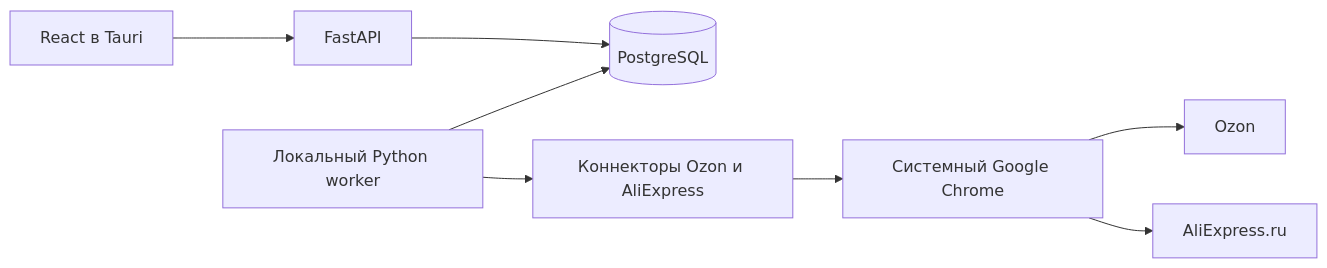
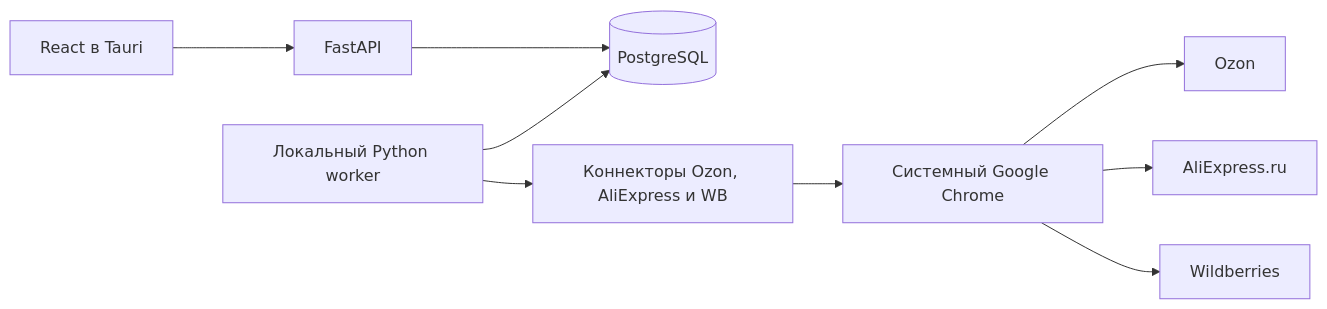
One commit to TheStorm13/price-watch changed the diagram in docs/guide/ARCHITECTURE.md. Above: the diagram before and after it, drawn with Mermaid. The commit also changed other lines of this file and 62 other files, not shown here.

````diff
--- a/docs/guide/ARCHITECTURE.md
+++ b/docs/guide/ARCHITECTURE.md
@@ -27,10 +28,11 @@
 ```mermaid
 flowchart LR
     UI[React в Tauri] --> API[FastAPI]
     API --> DB[(PostgreSQL)]
     Worker[Локальный Python worker] --> DB
-    Worker --> Connector[Коннекторы Ozon и AliExpress]
+    Worker --> Connector[Коннекторы Ozon, AliExpress и WB]
     Connector --> Chrome[Системный Google Chrome]
     Chrome --> Ozon[Ozon]
     Chrome --> Ali[AliExpress.ru]
+    Chrome --> WB[Wildberries]
 ```
````
